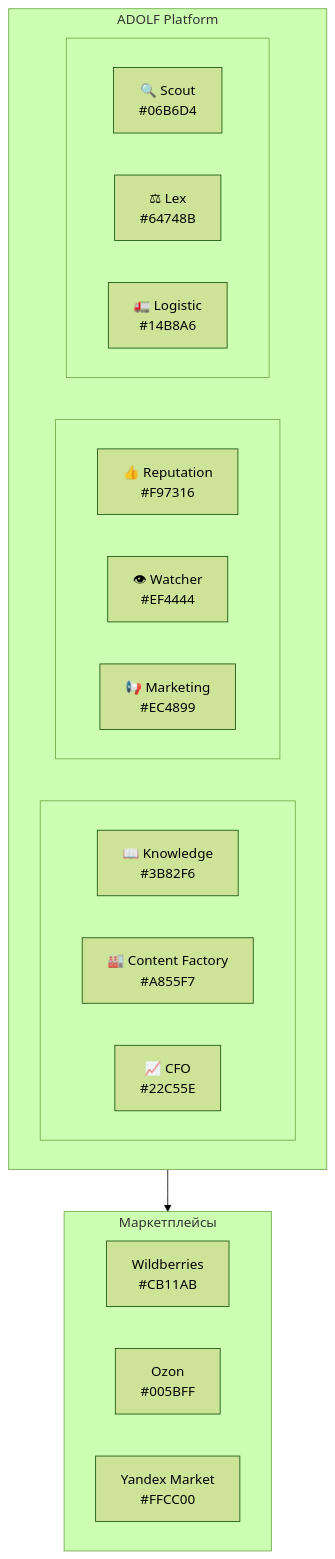
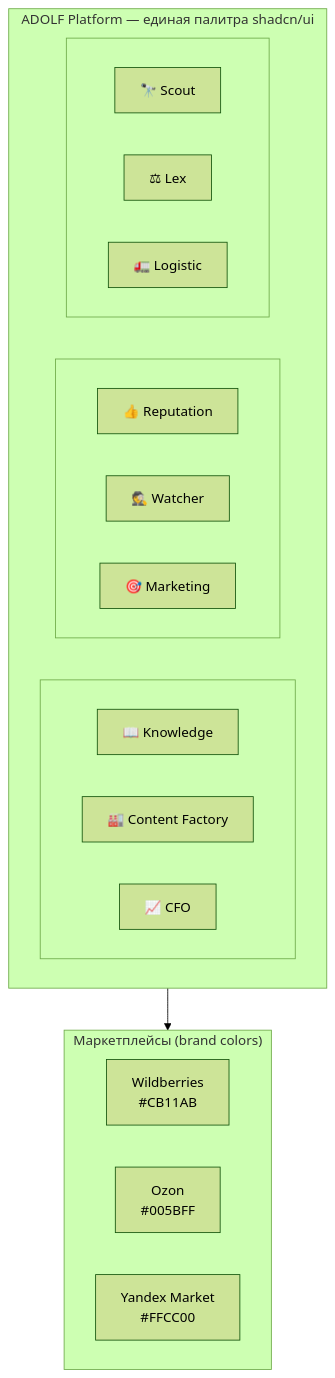
Before and after one commit to Sign25/Docs: the second of 2 diagrams in ui/adolf_ui_2_module_theming.md, drawn with Mermaid (forest theme). The commit also changed other lines of this file, not shown here.

Commit message:
refactor(ui): remove module colors, unify to --primary v1.1

````diff
--- a/ui/adolf_ui_2_module_theming.md
+++ b/ui/adolf_ui_2_module_theming.md
@@ -293,33 +268,33 @@
 ```mermaid
 flowchart TB
-    subgraph PLATFORM["ADOLF Platform"]
+    subgraph PLATFORM["ADOLF Platform — единая палитра shadcn/ui"]
         direction LR
         subgraph ROW1[" "]
             direction LR
-            KNOW["📖 Knowledge<br/>#3B82F6"]
-            CF["🏭 Content Factory<br/>#A855F7"]
-            CFO["📈 CFO<br/>#22C55E"]
+            KNOW["📖 Knowledge"]
+            CF["🏭 Content Factory"]
+            CFO["📈 CFO"]
         end
         subgraph ROW2[" "]
             direction LR
-            REP["👍 Reputation<br/>#F97316"]
-            WATCH["👁 Watcher<br/>#EF4444"]
-            MARK["📢 Marketing<br/>#EC4899"]
+            REP["👍 Reputation"]
+            WATCH["🕵 Watcher"]
+            MARK["🎯 Marketing"]
         end
         subgraph ROW3[" "]
             direction LR
-            SCOUT["🔍 Scout<br/>#06B6D4"]
-            LEX["⚖ Lex<br/>#64748B"]
-            LOG["🚛 Logistic<br/>#14B8A6"]
+            SCOUT["🔭 Scout"]
+            LEX["⚖ Lex"]
+            LOG["🚛 Logistic"]
         end
     end
 
-    subgraph MP["Маркетплейсы"]
+    subgraph MP["Маркетплейсы (brand colors)"]
         direction LR
         WB["Wildberries<br/>#CB11AB"]
         OZ["Ozon<br/>#005BFF"]
         YM["Yandex Market<br/>#FFCC00"]
     end
 
     PLATFORM --> MP
 ```
````
